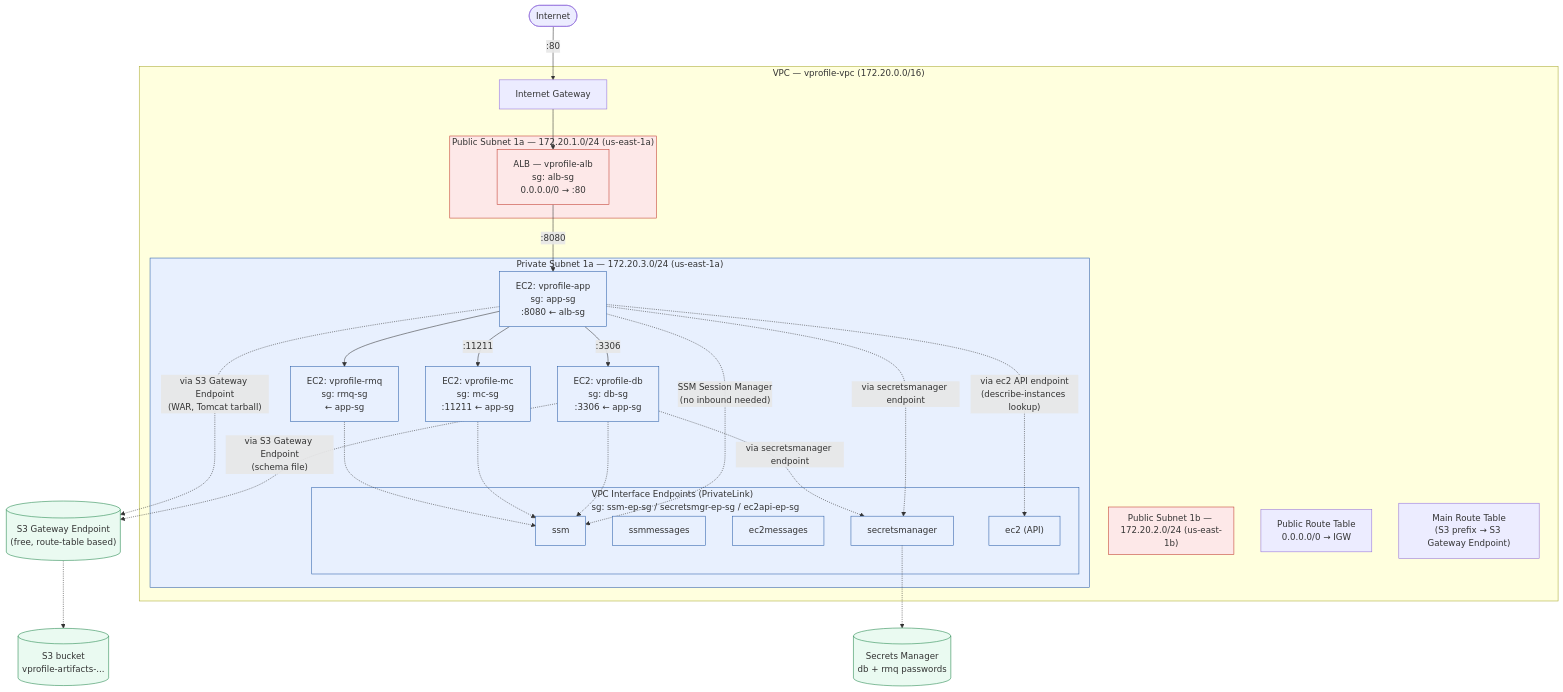
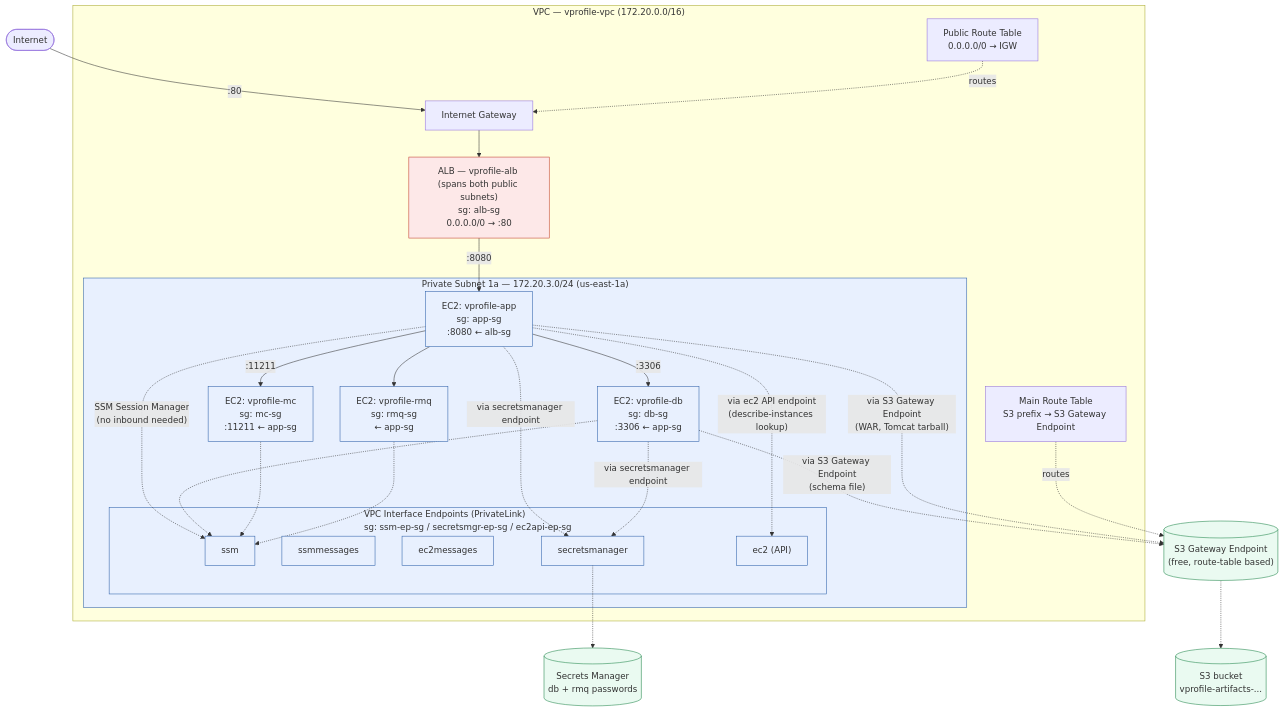
The first of 2 diagrams in docs/architecture.md (dmncfrncsc/aws-lift-and-shift), drawn with Mermaid before and after one commit. The commit also changed other lines of this file, not shown here.

Commit message:
docs: fix Mermaid syntax errors and layout issues in architecture diagrams

````diff
--- a/docs/architecture.md
+++ b/docs/architecture.md
@@ -17,68 +17,64 @@
 ```mermaid
 flowchart TB
     Internet(["Internet"])
 
     subgraph VPC["VPC — vprofile-vpc (172.20.0.0/16)"]
         IGW["Internet Gateway"]
-
-        subgraph PubA["Public Subnet 1a — 172.20.1.0/24 (us-east-1a)"]
-            ALB["ALB — vprofile-alb\nsg: alb-sg\n0.0.0.0/0 → :80"]
-        end
-
-        subgraph PubB["Public Subnet 1b — 172.20.2.0/24 (us-east-1b)"]
-            ALB
-        end
+        ALB["ALB — vprofile-alb (spans both public subnets)\nsg: alb-sg\n0.0.0.0/0 → :80"]
+        RT["Public Route Table\n0.0.0.0/0 → IGW"]
 
         subgraph PrivA["Private Subnet 1a — 172.20.3.0/24 (us-east-1a)"]
             APP["EC2: vprofile-app\nsg: app-sg\n:8080 ← alb-sg"]
             DB["EC2: vprofile-db\nsg: db-sg\n:3306 ← app-sg"]
             MC["EC2: vprofile-mc\nsg: mc-sg\n:11211 ← app-sg"]
             RMQ["EC2: vprofile-rmq\nsg: rmq-sg\n← app-sg"]
 
             subgraph Endpoints["VPC Interface Endpoints (PrivateLink)\nsg: ssm-ep-sg / secretsmgr-ep-sg / ec2api-ep-sg"]
                 EP_SSM["ssm"]
                 EP_SSMMSG["ssmmessages"]
                 EP_EC2MSG["ec2messages"]
                 EP_SECRETS["secretsmanager"]
                 EP_EC2API["ec2 (API)"]
             end
         end
 
-        RT["Public Route Table\n0.0.0.0/0 → IGW"]
-        MAINRT["Main Route Table\n(S3 prefix → S3 Gateway Endpoint)"]
+        MAINRT["Main Route Table\nS3 prefix → S3 Gateway Endpoint"]
     end
 
     S3EP[("S3 Gateway Endpoint\n(free, route-table based)")]
     S3[("S3 bucket\nvprofile-artifacts-...")]
     SM[("Secrets Manager\ndb + rmq passwords")]
 
     Internet -->|":80"| IGW
     IGW --> ALB
     ALB -->|":8080"| APP
 
     APP -->|":3306"| DB
     APP -->|":11211"| MC
     APP --> RMQ
 
     APP -.->|"via secretsmanager endpoint"| EP_SECRETS
     DB -.->|"via secretsmanager endpoint"| EP_SECRETS
     EP_SECRETS -.-> SM
 
     APP -.->|"via ec2 API endpoint\n(describe-instances lookup)"| EP_EC2API
 
     APP -.->|"SSM Session Manager\n(no inbound needed)"| EP_SSM
     DB -.-> EP_SSM
     MC -.-> EP_SSM
     RMQ -.-> EP_SSM
 
     DB -.->|"via S3 Gateway Endpoint\n(schema file)"| S3EP
     APP -.->|"via S3 Gateway Endpoint\n(WAR, Tomcat tarball)"| S3EP
     S3EP -.-> S3
 
+    RT -.->|"routes"| IGW
+    MAINRT -.->|"routes"| S3EP
+
     classDef public fill:#fde8e8,stroke:#c0392b
     classDef private fill:#e8f0fe,stroke:#2c5fa8
     classDef svc fill:#eafaf1,stroke:#1e8449
-    class PubA,PubB,ALB public
+    class ALB public
     class PrivA,APP,DB,MC,RMQ,Endpoints,EP_SSM,EP_SSMMSG,EP_EC2MSG,EP_SECRETS,EP_EC2API private
     class S3,S3EP,SM svc
 ```
````
